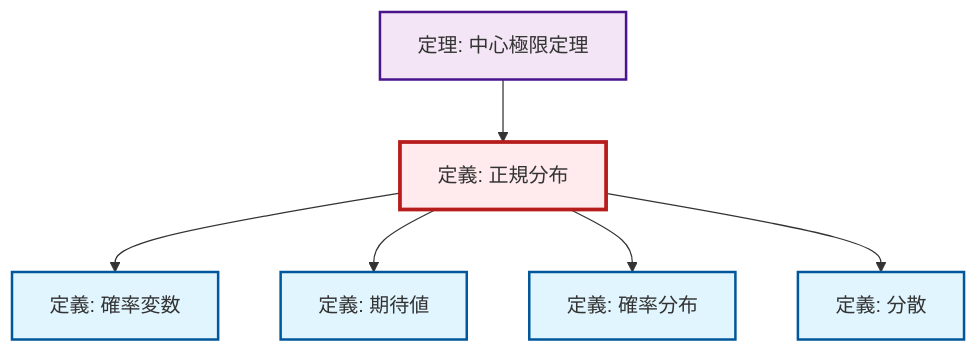
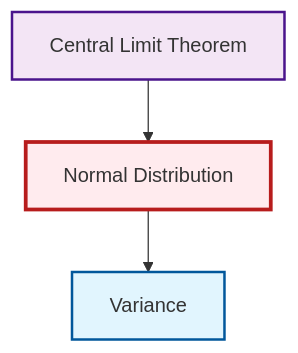
Before and after one commit to RK0429/ModernMath: the diagram in content/ja/probability-statistics/def-normal-distribution.qmd, drawn with Mermaid. The commit also changed 328 other files, not shown here.

````diff
--- a/content/ja/probability-statistics/def-normal-distribution.qmd
+++ b/content/ja/probability-statistics/def-normal-distribution.qmd
@@ -130,26 +130,17 @@
 ```{mermaid}
 %%| fig-cap: "ローカル依存関係グラフ"
 graph TD
     classDef definition fill:#e1f5fe,stroke:#01579b,stroke-width:2px
     classDef theorem fill:#f3e5f5,stroke:#4a148c,stroke-width:2px
     classDef axiom fill:#fff3e0,stroke:#e65100,stroke-width:2px
     classDef example fill:#e8f5e9,stroke:#1b5e20,stroke-width:2px
     classDef current fill:#ffebee,stroke:#b71c1c,stroke-width:3px
-    def-normal-distribution["定義: 正規分布"]:::definition
-    def-expectation["定義: 期待値"]:::definition
-    def-probability-distribution["定義: 確率分布"]:::definition
-    thm-central-limit["定理: 中心極限定理"]:::theorem
-    def-variance["定義: 分散"]:::definition
-    def-random-variable["定義: 確率変数"]:::definition
-    def-normal-distribution --> def-random-variable
-    def-normal-distribution --> def-expectation
+    def-normal-distribution["Normal Distribution"]:::definition
+    def-variance["Variance"]:::definition
+    thm-central-limit["Central Limit Theorem"]:::theorem
+    def-normal-distribution --> def-variance
     thm-central-limit --> def-normal-distribution
-    def-normal-distribution --> def-probability-distribution
-    def-normal-distribution --> def-variance
     class def-normal-distribution current
-    click def-expectation "def-expectation.html" "期待値の定義へ"
-    click def-probability-distribution "def-probability-distribution.html" "確率分布の定義へ"
-    click thm-central-limit "thm-central-limit.html" "中心極限定理の定理へ"
-    click def-variance "def-variance.html" "分散の定義へ"
-    click def-random-variable "def-random-variable.html" "確率変数の定義へ"
+    click def-variance "def-variance.html" "Varianceへ"
+    click thm-central-limit "thm-central-limit.html" "Central Limit Theoremへ"
 ```
````
